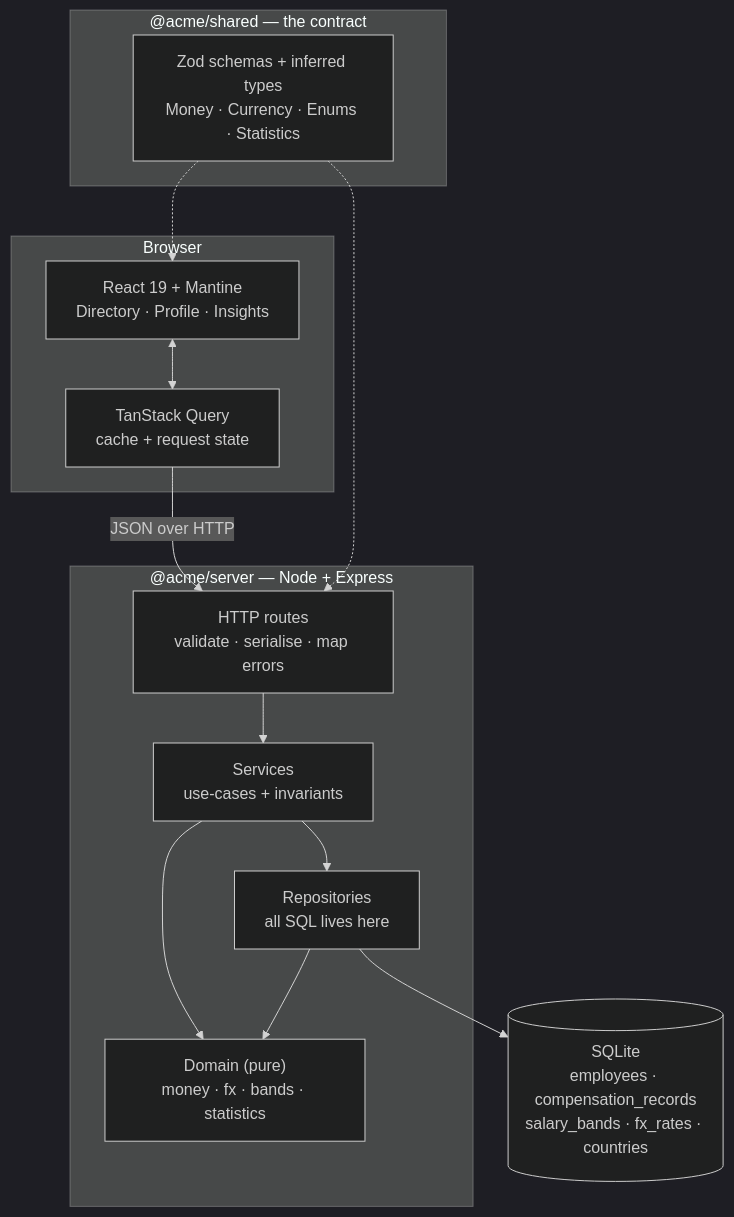
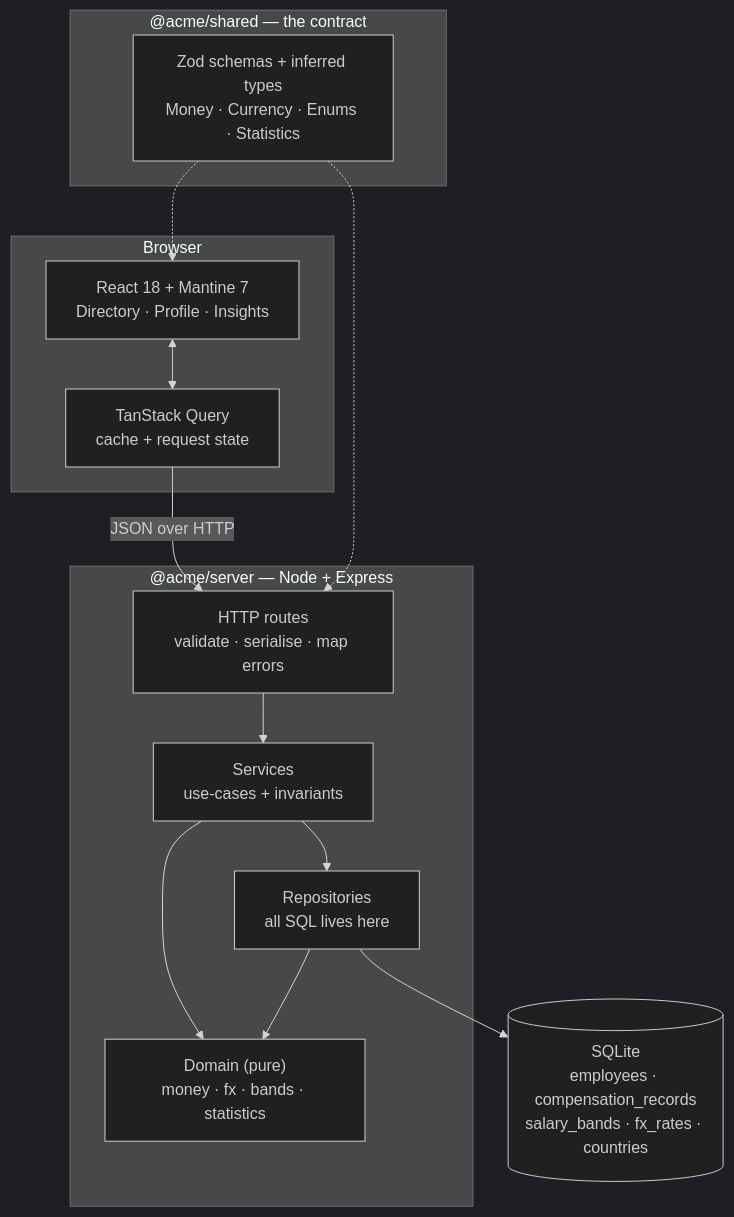
Before and after one commit to MONUPRAJAPAT/salary-management-assessment: the first of 2 diagrams in docs/architecture.md, drawn with Mermaid (dark theme).

Commit message:
docs: architecture diagram said React 19; it is React 18
Mantine 7 peer-depends on React 18, and Mantine 7 was chosen over 8 for
its maturity — so the diagram was describing a stack the repo does not
have. package.json was always right.

The body of commit 20ad9b1 has the same error. Left as-is rather than
rewriting history over one word; this commit is the correction.

````diff
--- a/docs/architecture.md
+++ b/docs/architecture.md
@@ -7,29 +7,29 @@
 ```mermaid
 flowchart TB
     subgraph browser["Browser"]
-        UI["React 19 + Mantine<br/>Directory · Profile · Insights"]
+        UI["React 18 + Mantine 7<br/>Directory · Profile · Insights"]
         RQ["TanStack Query<br/>cache + request state"]
         UI <--> RQ
     end
 
     subgraph shared["@acme/shared — the contract"]
         CON["Zod schemas + inferred types<br/>Money · Currency · Enums · Statistics"]
     end
 
     subgraph server["@acme/server — Node + Express"]
         RT["HTTP routes<br/>validate · serialise · map errors"]
         SV["Services<br/>use-cases + invariants"]
         RP["Repositories<br/>all SQL lives here"]
         DM["Domain (pure)<br/>money · fx · bands · statistics"]
         RT --> SV --> RP
         SV --> DM
         RP --> DM
     end
 
     DB[("SQLite<br/>employees · compensation_records<br/>salary_bands · fx_rates · countries")]
 
     RQ -- "JSON over HTTP" --> RT
     RP --> DB
     CON -.-> UI
     CON -.-> RT
 ```
````
